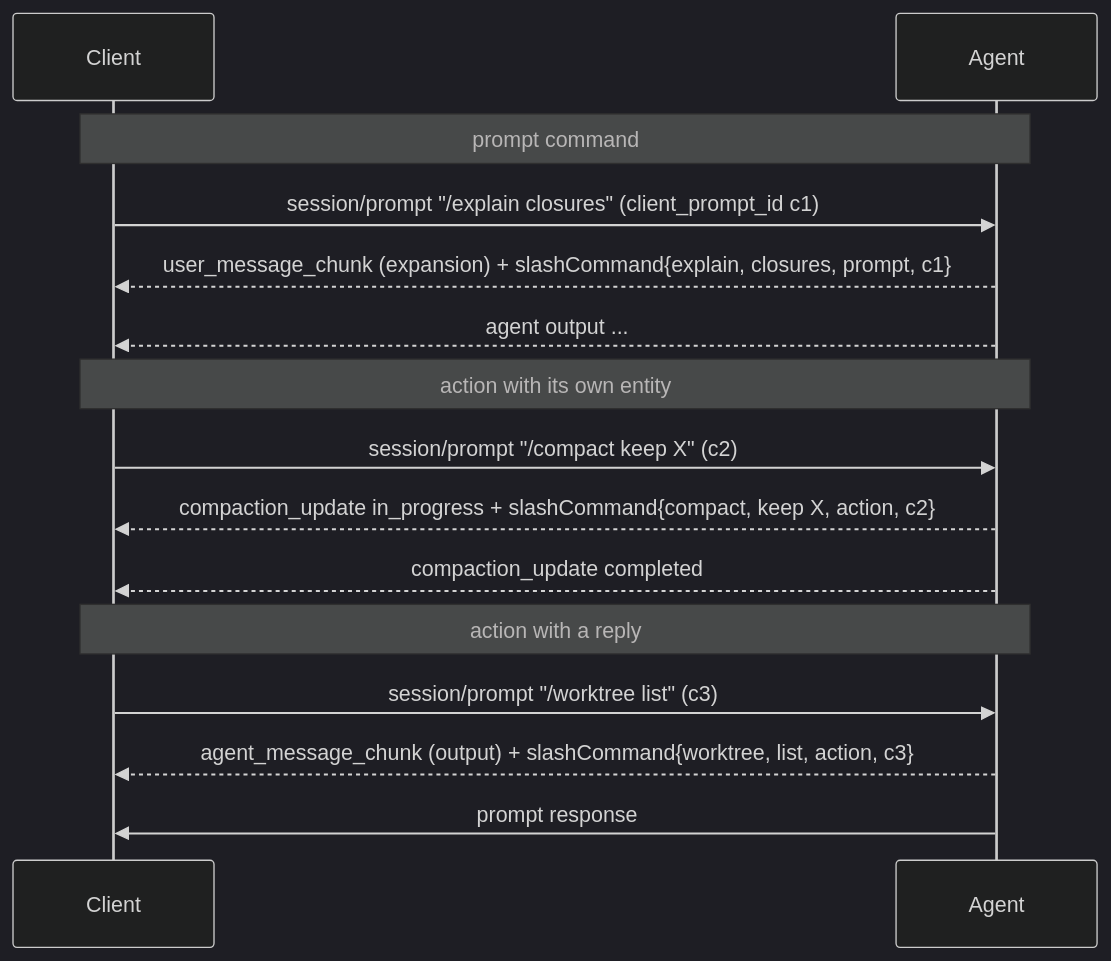
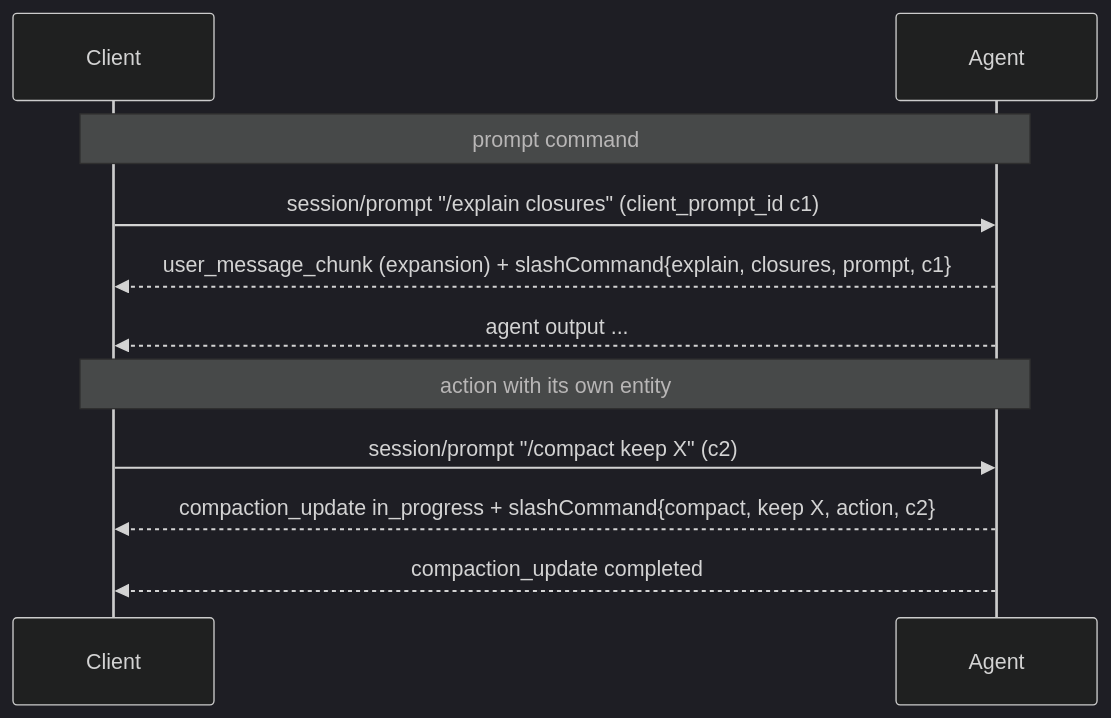
One commit to querymt/querymt changed the diagram in openspec/changes/add-slash-command-records/design.md. Above: the diagram before and after it, drawn with Mermaid (dark theme). The commit also changed other lines of this file and 80 other files, not shown here.

Commit message:
feat: implement add-slash-command-records

````diff
--- a/openspec/changes/add-slash-command-records/design.md
+++ b/openspec/changes/add-slash-command-records/design.md
@@ -109,17 +111,13 @@
 ```mermaid
 sequenceDiagram
     participant C as Client
     participant A as Agent
     Note over C,A: prompt command
     C->>A: session/prompt "/explain closures" (client_prompt_id c1)
     A-->>C: user_message_chunk (expansion) + slashCommand{explain, closures, prompt, c1}
     A-->>C: agent output ...
     Note over C,A: action with its own entity
     C->>A: session/prompt "/compact keep X" (c2)
     A-->>C: compaction_update in_progress + slashCommand{compact, keep X, action, c2}
     A-->>C: compaction_update completed
-    Note over C,A: action with a reply
-    C->>A: session/prompt "/worktree list" (c3)
-    A-->>C: agent_message_chunk (output) + slashCommand{worktree, list, action, c3}
-    A->>C: prompt response
 ```
````
